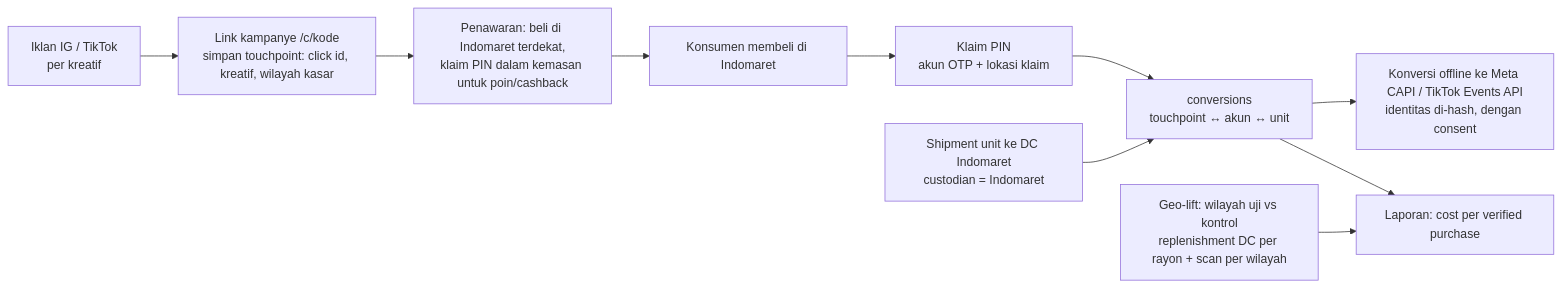
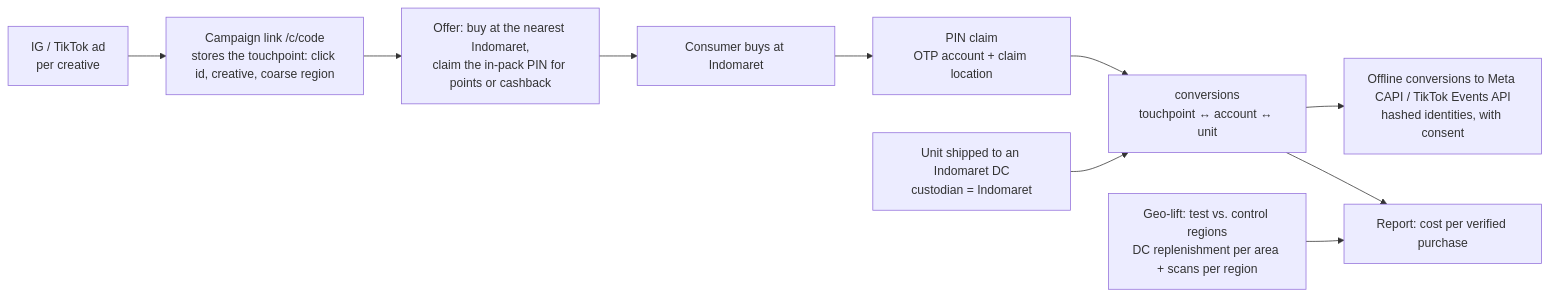
Before and after one commit to mydisha/mganik: the second of 2 diagrams in PRODUCT_DEFENSE.md, drawn with Mermaid. The commit also changed other lines of this file and 4 other files, not shown here.

````diff
--- a/PRODUCT_DEFENSE.md
+++ b/PRODUCT_DEFENSE.md
@@ -339,12 +346,12 @@
 ```mermaid
 flowchart LR
-  AD["Iklan IG / TikTok<br/>per kreatif"] --> L["Link kampanye /c/kode<br/>simpan touchpoint: click id, kreatif, wilayah kasar"]
-  L --> OFF["Penawaran: beli di Indomaret terdekat,<br/>klaim PIN dalam kemasan untuk poin/cashback"]
-  OFF --> BUY["Konsumen membeli di Indomaret"]
-  BUY --> CL["Klaim PIN<br/>akun OTP + lokasi klaim"]
-  CL --> CV["conversions<br/>touchpoint ↔ akun ↔ unit"]
-  SH["Shipment unit ke DC Indomaret<br/>custodian = Indomaret"] --> CV
-  CV --> CAPI["Konversi offline ke Meta CAPI / TikTok Events API<br/>identitas di-hash, dengan consent"]
-  CV --> RPT["Laporan: cost per verified purchase"]
-  GEO["Geo-lift: wilayah uji vs kontrol<br/>replenishment DC per rayon + scan per wilayah"] --> RPT
+  AD["IG / TikTok ad<br/>per creative"] --> L["Campaign link /c/code<br/>stores the touchpoint: click id, creative, coarse region"]
+  L --> OFF["Offer: buy at the nearest Indomaret,<br/>claim the in-pack PIN for points or cashback"]
+  OFF --> BUY["Consumer buys at Indomaret"]
+  BUY --> CL["PIN claim<br/>OTP account + claim location"]
+  CL --> CV["conversions<br/>touchpoint ↔ account ↔ unit"]
+  SH["Unit shipped to an Indomaret DC<br/>custodian = Indomaret"] --> CV
+  CV --> CAPI["Offline conversions to Meta CAPI / TikTok Events API<br/>hashed identities, with consent"]
+  CV --> RPT["Report: cost per verified purchase"]
+  GEO["Geo-lift: test vs. control regions<br/>DC replenishment per area + scans per region"] --> RPT
 ```
````
